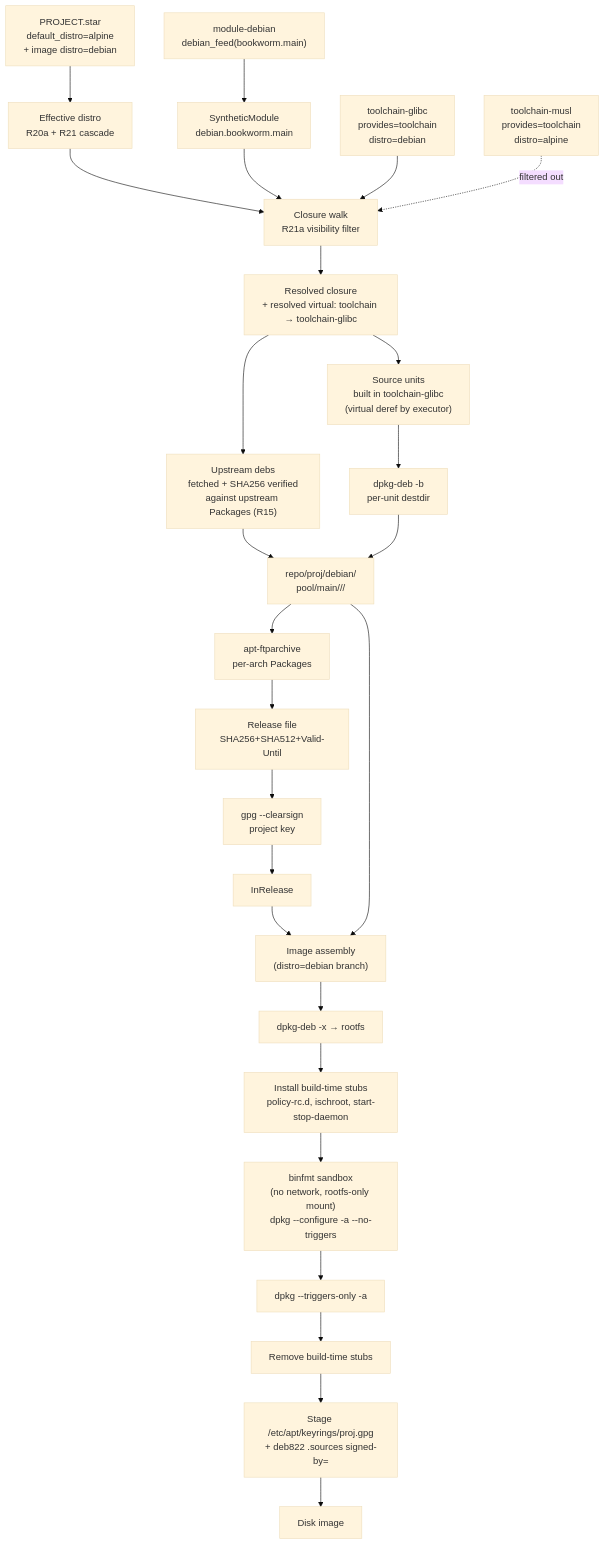
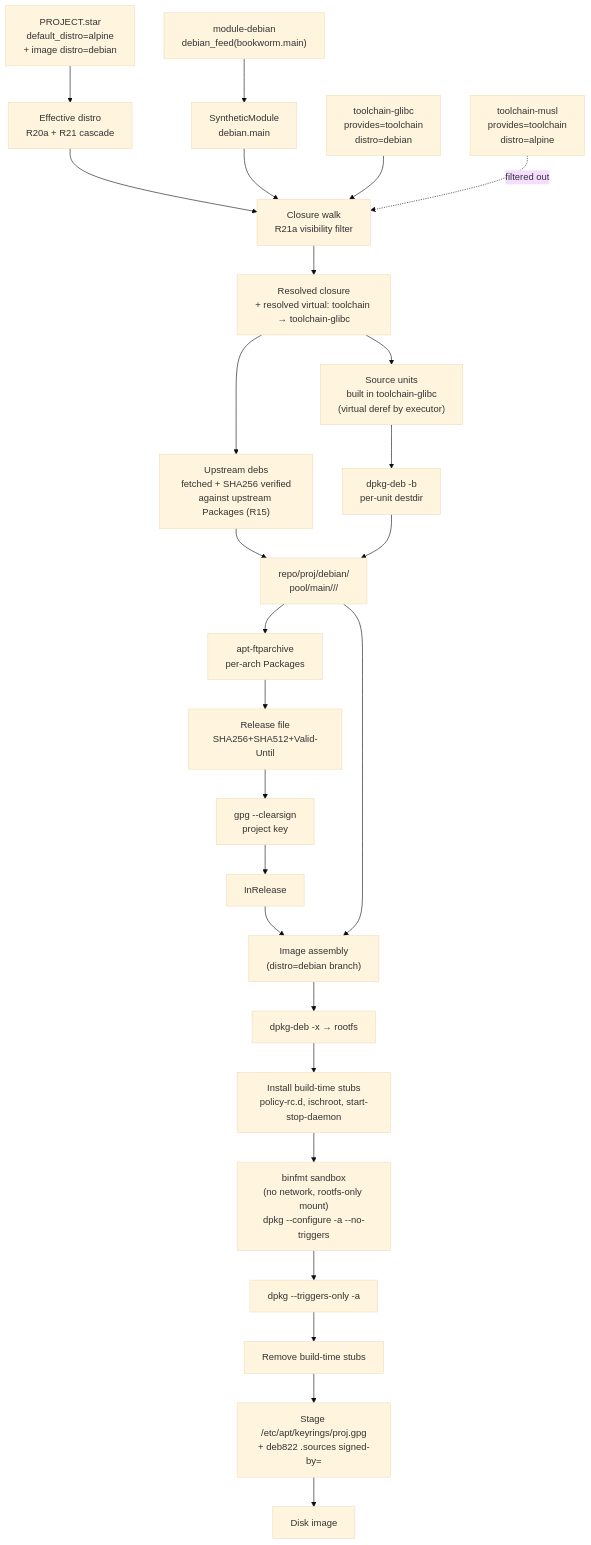
Before and after one commit to yoebuild/yoe: the diagram in docs/plans/2026-05-27-001-feat-module-debian-debian-backend-plan.md, drawn with Mermaid (base theme). The commit also changed other lines of this file and 7 other files, not shown here.

````diff
--- a/docs/plans/2026-05-27-001-feat-module-debian-debian-backend-plan.md
+++ b/docs/plans/2026-05-27-001-feat-module-debian-debian-backend-plan.md
@@ -592,28 +616,28 @@
 ```mermaid
 graph TD
   PROJECT["PROJECT.star<br/>default_distro=alpine<br/>+ image distro=debian"] --> EFFECTIVE["Effective distro<br/>R20a + R21 cascade"]
   EFFECTIVE --> CLOSURE["Closure walk<br/>R21a visibility filter"]
-  MODULE_DEBIAN["module-debian<br/>debian_feed(bookworm.main)"] --> SYNTH["SyntheticModule<br/>debian.bookworm.main"]
+  MODULE_DEBIAN["module-debian<br/>debian_feed(bookworm.main)"] --> SYNTH["SyntheticModule<br/>debian.main"]
   SYNTH --> CLOSURE
   TOOLCHAIN_GLIBC["toolchain-glibc<br/>provides=toolchain<br/>distro=debian"] --> CLOSURE
   TOOLCHAIN_MUSL["toolchain-musl<br/>provides=toolchain<br/>distro=alpine"] -.filtered out.-> CLOSURE
   CLOSURE --> RESOLVED["Resolved closure<br/>+ resolved virtual: toolchain → toolchain-glibc"]
   RESOLVED --> MIRROR["Upstream debs<br/>fetched + SHA256 verified<br/>against upstream Packages (R15)"]
   RESOLVED --> SOURCEBUILD["Source units<br/>built in toolchain-glibc<br/>(virtual deref by executor)"]
   MIRROR --> POOL["repo/proj/debian/<br/>pool/main/<l>/<src>/"]
   SOURCEBUILD --> DEBBUILD["dpkg-deb -b<br/>per-unit destdir"]
   DEBBUILD --> POOL
   POOL --> APTFTP["apt-ftparchive<br/>per-arch Packages"]
   APTFTP --> RELEASE["Release file<br/>SHA256+SHA512+Valid-Until"]
   RELEASE --> GPGSIGN["gpg --clearsign<br/>project key"]
   GPGSIGN --> INRELEASE["InRelease"]
   INRELEASE --> IMGASM["Image assembly<br/>(distro=debian branch)"]
   POOL --> IMGASM
   IMGASM --> EXTRACT["dpkg-deb -x → rootfs"]
   EXTRACT --> STUBS["Install build-time stubs<br/>policy-rc.d, ischroot, start-stop-daemon"]
   STUBS --> CONFIGURE["binfmt sandbox<br/>(no network, rootfs-only mount)<br/>dpkg --configure -a --no-triggers"]
   CONFIGURE --> TRIGGERS["dpkg --triggers-only -a"]
   TRIGGERS --> UNSTUB["Remove build-time stubs"]
   UNSTUB --> APTTRUST["Stage /etc/apt/keyrings/proj.gpg<br/>+ deb822 .sources signed-by="]
   APTTRUST --> DISKIMG["Disk image"]
 ```
````
